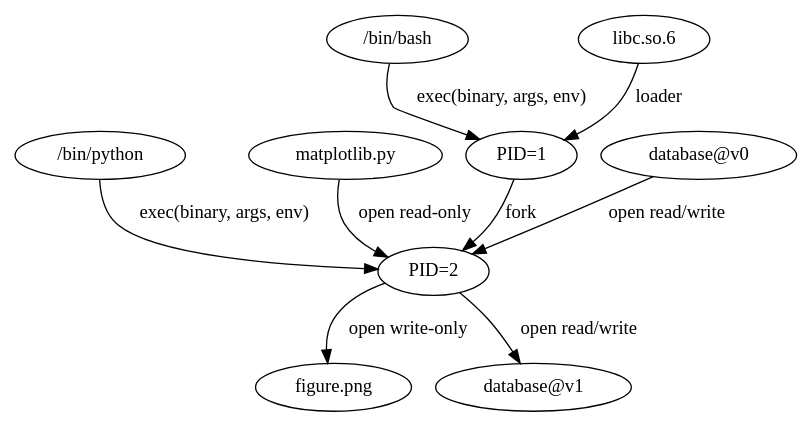
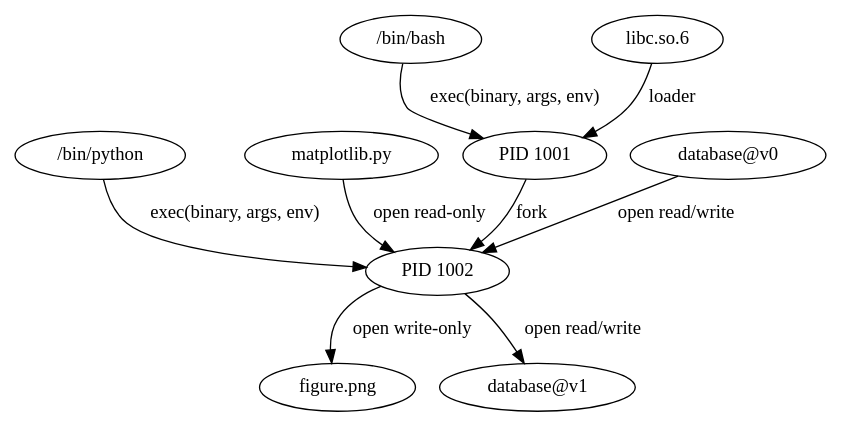
Before and after one commit to charmoniumQ/PROBE: the diagram in docs/benchmark_suite/prov-example.dot, drawn with Graphviz. The commit also changed 7 other files, not shown here.

```diff
--- a/docs/benchmark_suite/prov-example.dot
+++ b/docs/benchmark_suite/prov-example.dot
@@ -1,22 +1,22 @@
 digraph G {
 
   node [label="figure.png"] graph_png;
   node [label="/bin/python"] python;
   node [label="matplotlib.py"] matplotlib;
-  node [label="PID=2"] proc2;
-  node [label="PID=1"] proc1;
+  node [label="PID 1002"] proc2;
+  node [label="PID 1001"] proc1;
   node [label="/bin/bash"] bash;
   node [label="libc.so.6"] libc;
   node [label="database@v0"] database0;
   node [label="database@v1"] database1;
 
   bash -> proc1 [label="exec(binary, args, env)"];
   libc -> proc1 [label="loader"];
   proc1 -> proc2 [label="fork"];
 
   python -> proc2 [label="exec(binary, args, env)"];
   matplotlib -> proc2 [label="open read-only"];
   database0 -> proc2 [label="open read/write"];
   proc2 -> database1 [label="open read/write"];
   proc2 -> graph_png [label="open write-only"];
 }
```
